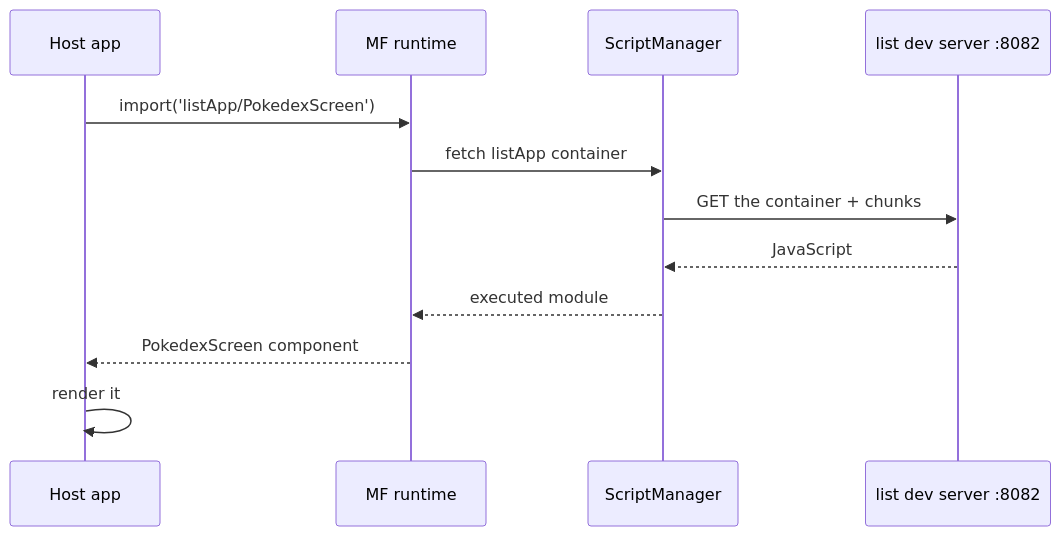
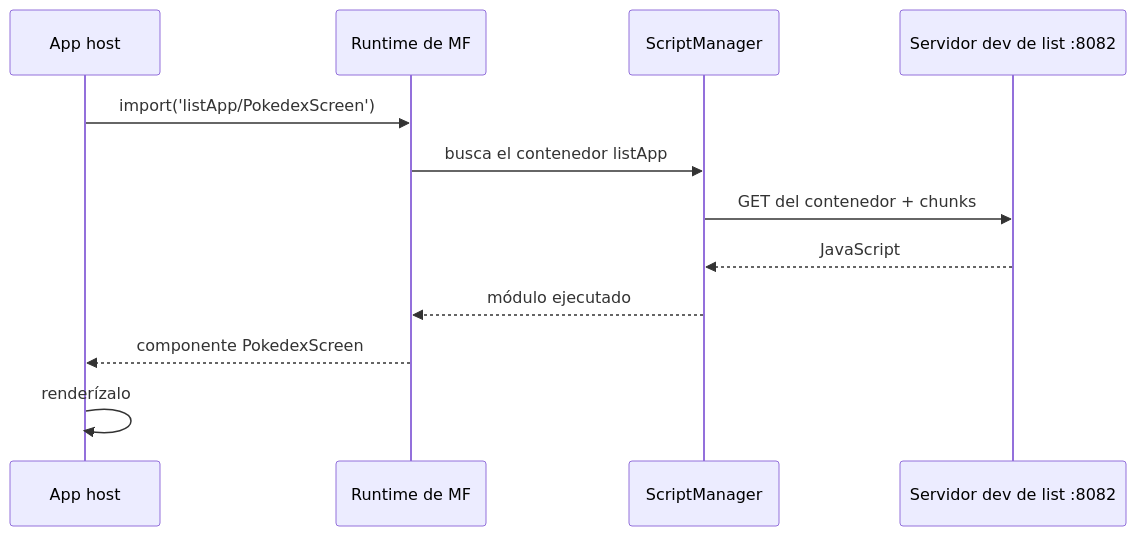
The diagram in src/content/blog/es/your-first-federated-remote-react-native.md (warrendeleon/warrendeleon.com), drawn with Mermaid before and after one commit. The commit also changed 11 other files, not shown here.

First line of the commit message:
🌐 i18n(blog): translate mermaid diagram labels (es/ca/tl)

````diff
--- a/src/content/blog/es/your-first-federated-remote-react-native.md
+++ b/src/content/blog/es/your-first-federated-remote-react-native.md
@@ -315,14 +315,14 @@
 ```mermaid
 sequenceDiagram
-    participant Host as Host app
-    participant MF as MF runtime
+    participant Host as App host
+    participant MF as Runtime de MF
     participant SM as ScriptManager
-    participant Dev as list dev server :8082
+    participant Dev as Servidor dev de list :8082
     Host->>MF: import('listApp/PokedexScreen')
-    MF->>SM: fetch listApp container
-    SM->>Dev: GET the container + chunks
+    MF->>SM: busca el contenedor listApp
+    SM->>Dev: GET del contenedor + chunks
     Dev-->>SM: JavaScript
-    SM-->>MF: executed module
-    MF-->>Host: PokedexScreen component
-    Host->>Host: render it
+    SM-->>MF: módulo ejecutado
+    MF-->>Host: componente PokedexScreen
+    Host->>Host: renderízalo
 ```
````
